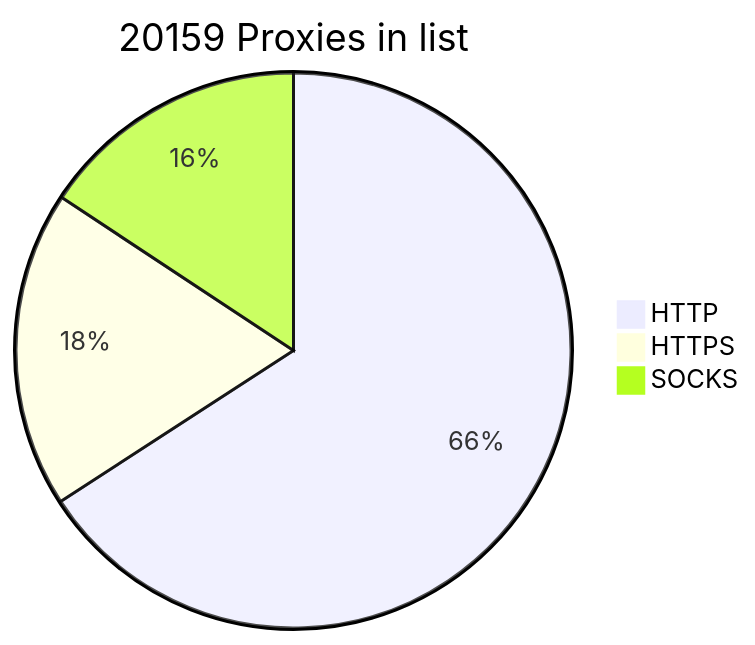
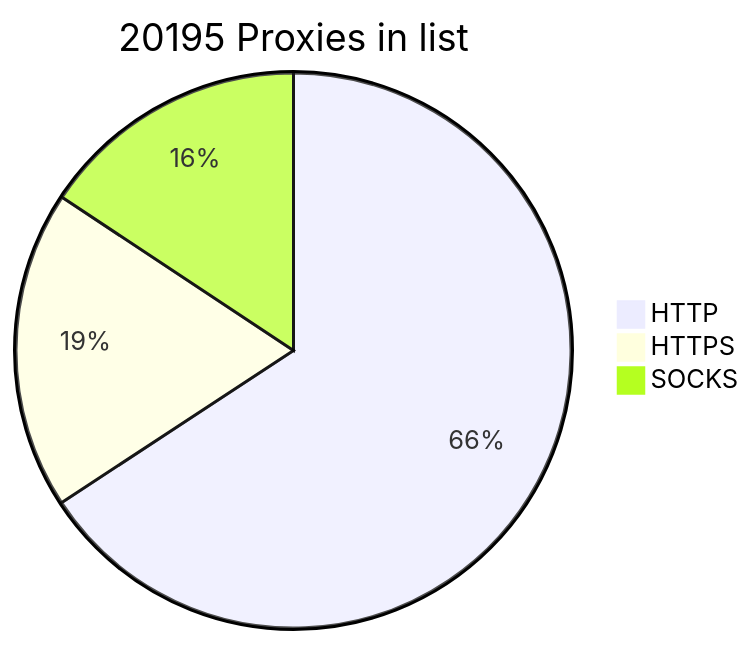
One commit to BlackSnowDot/proxylist-update-every-minute changed the diagram in README.md. Above: the diagram before and after it, drawn with Mermaid. The commit also changed other lines of this file, not shown here.

````diff
--- a/README.md
+++ b/README.md
@@ -2,6 +2,6 @@
 ```mermaid
-pie title 20159 Proxies in list
+pie title 20195 Proxies in list
     "HTTP" : 14762
-    "HTTPS": 4134
+    "HTTPS": 4164
     "SOCKS" : 3522
 ```
````
